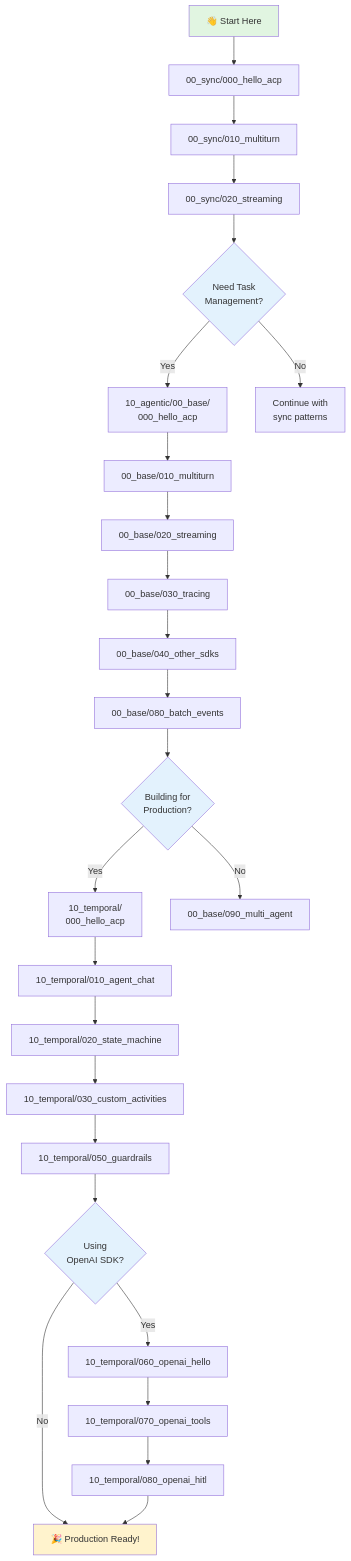
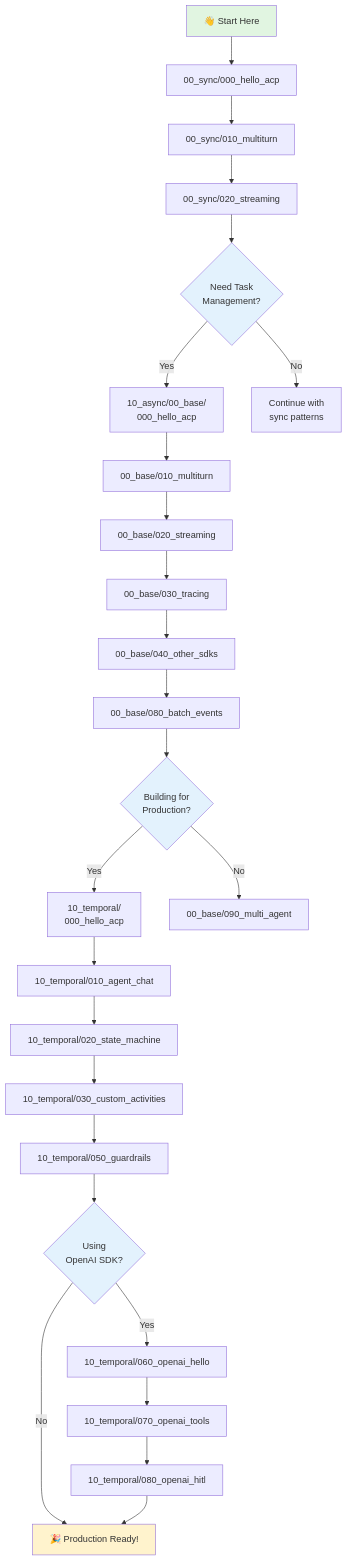
One commit to scaleapi/scale-agentex-python changed the diagram in examples/tutorials/README.md. Above: the diagram before and after it, drawn with Mermaid. The commit also changed other lines of this file and 267 other files, not shown here.

Commit message:
Refactor agentic to async

````diff
--- a/examples/tutorials/README.md
+++ b/examples/tutorials/README.md
@@ -20,38 +20,38 @@
 ```mermaid
 graph TD
     A[👋 Start Here] --> B[00_sync/000_hello_acp]
     B --> C[00_sync/010_multiturn]
     C --> D[00_sync/020_streaming]
 
     D --> E{Need Task<br/>Management?}
-    E -->|Yes| F[10_agentic/00_base/<br/>000_hello_acp]
+    E -->|Yes| F[10_async/00_base/<br/>000_hello_acp]
     E -->|No| G[Continue with<br/>sync patterns]
 
     F --> H[00_base/010_multiturn]
     H --> I[00_base/020_streaming]
     I --> J[00_base/030_tracing]
     J --> K[00_base/040_other_sdks]
     K --> L[00_base/080_batch_events]
 
     L --> M{Building for<br/>Production?}
     M -->|Yes| N[10_temporal/<br/>000_hello_acp]
     M -->|No| O[00_base/090_multi_agent]
 
     N --> P[10_temporal/010_agent_chat]
     P --> Q[10_temporal/020_state_machine]
     Q --> R[10_temporal/030_custom_activities]
     R --> S[10_temporal/050_guardrails]
 
     S --> T{Using<br/>OpenAI SDK?}
     T -->|Yes| U[10_temporal/060_openai_hello]
     U --> V[10_temporal/070_openai_tools]
     V --> W[10_temporal/080_openai_hitl]
     T -->|No| X[🎉 Production Ready!]
     W --> X
 
     style A fill:#e1f5e1
     style X fill:#fff3cd
     style E fill:#e3f2fd
     style M fill:#e3f2fd
     style T fill:#e3f2fd
 ```
````
